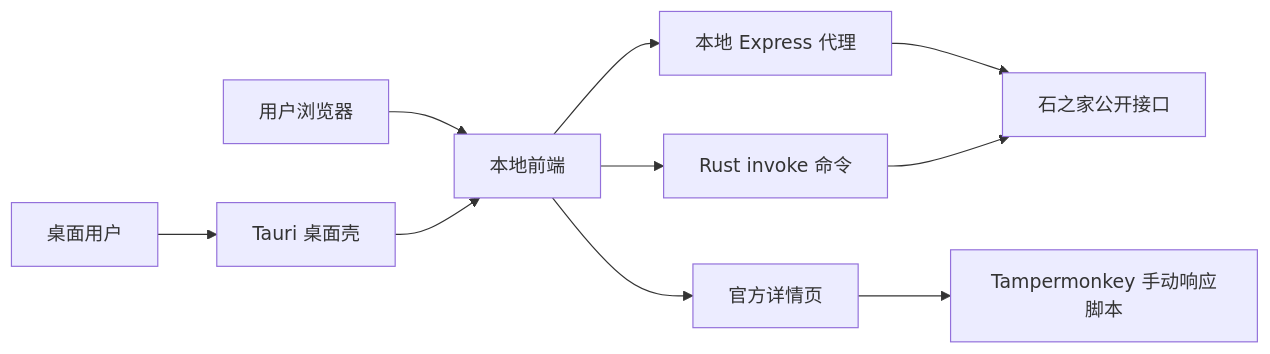
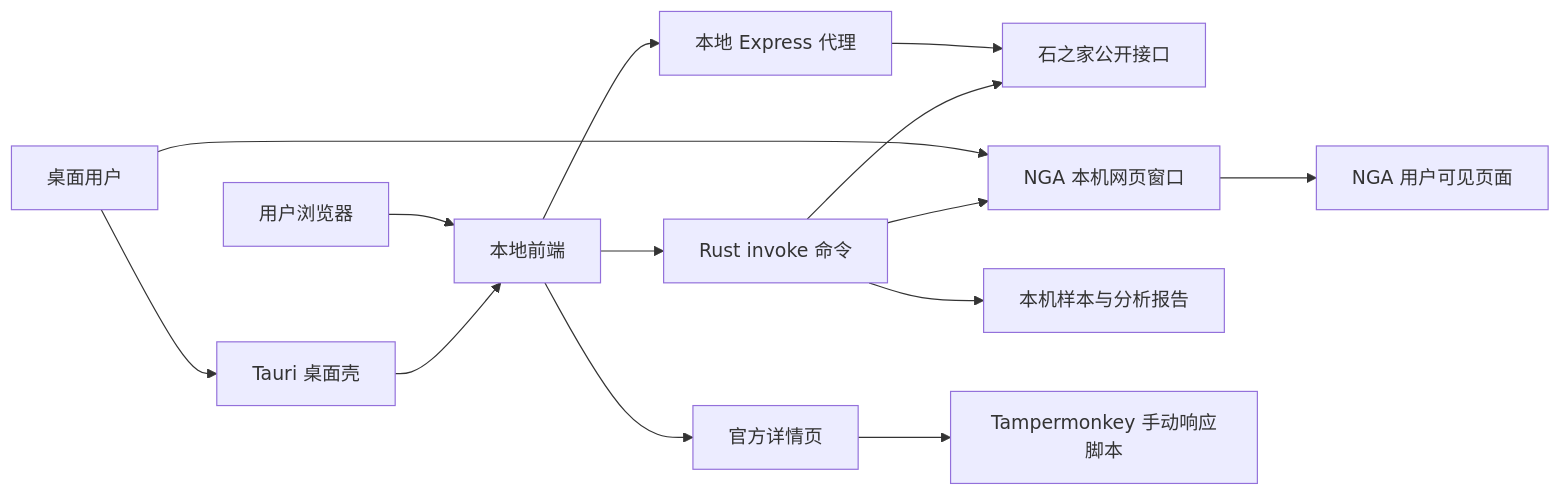
Before and after one commit to today080221/risingstones-partyfinder-helper: the diagram in docs/architecture.md, drawn with Mermaid. The commit also changed other lines of this file and 38 other files, not shown here.

````diff
--- a/docs/architecture.md
+++ b/docs/architecture.md
@@ -14,12 +15,16 @@
 ```mermaid
 flowchart LR
   User["用户浏览器"] --> Web["本地前端"]
   Web --> Api["本地 Express 代理"]
   Api --> Official["石之家公开接口"]
   DesktopUser["桌面用户"] --> Tauri["Tauri 桌面壳"]
   Tauri --> Web
   Web --> Invoke["Rust invoke 命令"]
   Invoke --> Official
+  DesktopUser --> NgaView["NGA 本机网页窗口"]
+  NgaView --> NgaSite["NGA 用户可见页面"]
+  Invoke --> NgaView
+  Invoke --> LocalSamples["本机样本与分析报告"]
   Web --> OfficialPage["官方详情页"]
   OfficialPage --> UserScript["Tampermonkey 手动响应脚本"]
 ```
````
